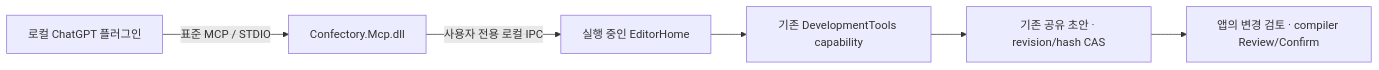
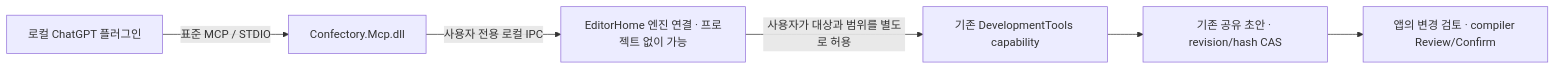
Before and after one commit to jorodane/Confectory: the diagram in docs/MCP_PLUGIN.md, drawn with Mermaid. The commit also changed other lines of this file and 20 other files, not shown here.

````diff
--- a/docs/MCP_PLUGIN.md
+++ b/docs/MCP_PLUGIN.md
@@ -7,8 +7,8 @@
 ```mermaid
 flowchart LR
   A[로컬 ChatGPT 플러그인] -->|표준 MCP / STDIO| B[Confectory.Mcp.dll]
-  B -->|사용자 전용 로컬 IPC| C[실행 중인 EditorHome]
-  C --> D[기존 DevelopmentTools capability]
+  B -->|사용자 전용 로컬 IPC| C[EditorHome 엔진 연결 · 프로젝트 없이 가능]
+  C -->|사용자가 대상과 범위를 별도로 허용| D[기존 DevelopmentTools capability]
   D --> E[기존 공유 초안 · revision/hash CAS]
   E --> F[앱의 변경 검토 · compiler Review/Confirm]
 ```
````
